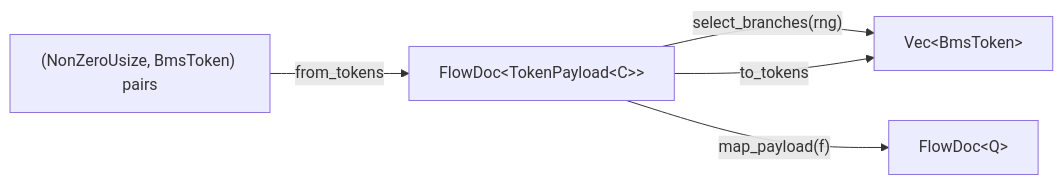
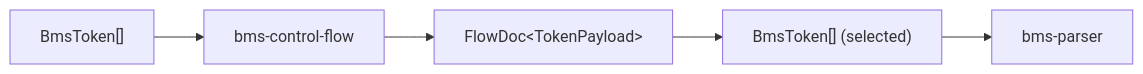
The diagram in bms/control-flow/AGENTS.md (brightmeows/bmsrs), drawn with Mermaid before and after one commit. The commit also changed other lines of this file and 10 other files, not shown here.

````diff
--- a/bms/control-flow/AGENTS.md
+++ b/bms/control-flow/AGENTS.md
@@ -13,12 +10,7 @@
 ```mermaid
 flowchart LR
-    Tokens["(NonZeroUsize, BmsToken) pairs"]
-    Tree["FlowDoc&lt;TokenPayload&lt;C&gt;&gt;"]
-    Flat["Vec&lt;BmsToken&gt;"]
-    Other["FlowDoc&lt;Q&gt;"]
-
-    Tokens -- from_tokens --> Tree
-    Tree -- select_branches(rng) --> Flat
-    Tree -- to_tokens --> Flat
-    Tree -- map_payload(f) --> Other
+    Tok["BmsToken[]"] --> CF[bms-control-flow]
+    CF --> FlowDoc["FlowDoc&lt;TokenPayload&gt;"]
+    FlowDoc --> Flat["BmsToken[] (selected)"]
+    Flat --> Par[bms-parser]
 ```
````
